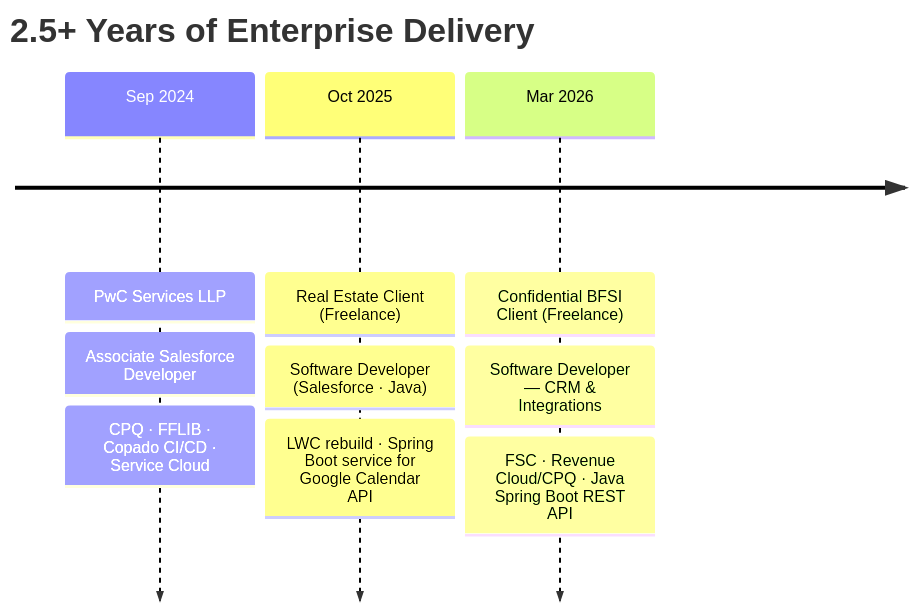
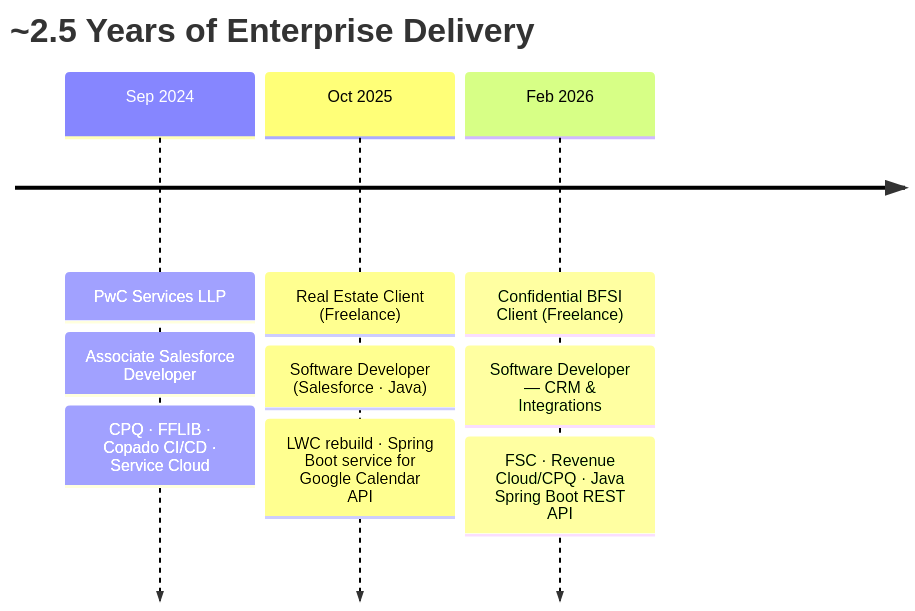
Before and after one commit to aditya17-09/aditya17-09: the diagram in README.md, drawn with Mermaid.

Commit message:
Update career timeline dates in README.md

````diff
--- a/README.md
+++ b/README.md
@@ -86,13 +86,13 @@
 ```mermaid
 timeline
-    title 2.5+ Years of Enterprise Delivery
+    title ~2.5 Years of Enterprise Delivery
     Sep 2024 : PwC Services LLP
              : Associate Salesforce Developer
              : CPQ · FFLIB · Copado CI/CD · Service Cloud
     Oct 2025 : Real Estate Client (Freelance)
              : Software Developer (Salesforce · Java)
              : LWC rebuild · Spring Boot service for Google Calendar API
-    Mar 2026 : Confidential BFSI Client (Freelance)
+    Feb 2026 : Confidential BFSI Client (Freelance)
              : Software Developer — CRM & Integrations
              : FSC · Revenue Cloud/CPQ · Java Spring Boot REST API
 ```
````
